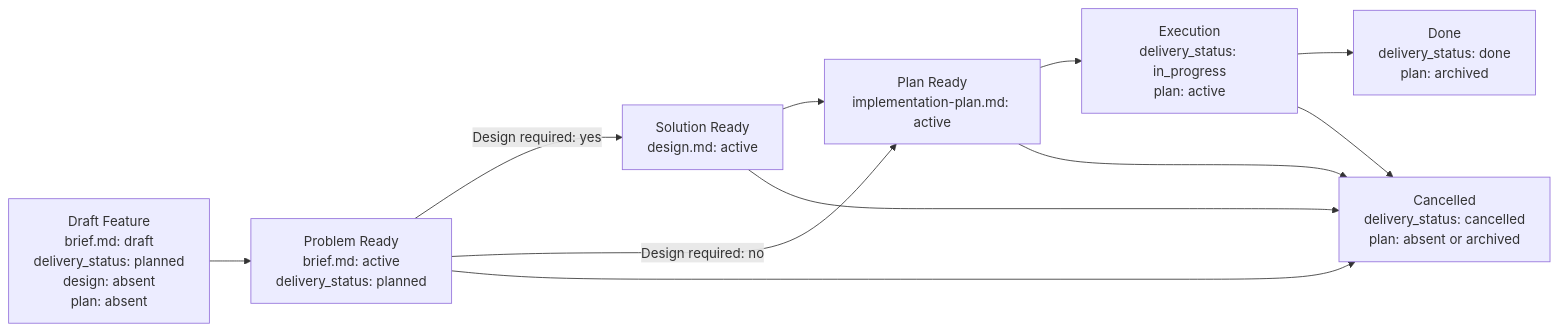
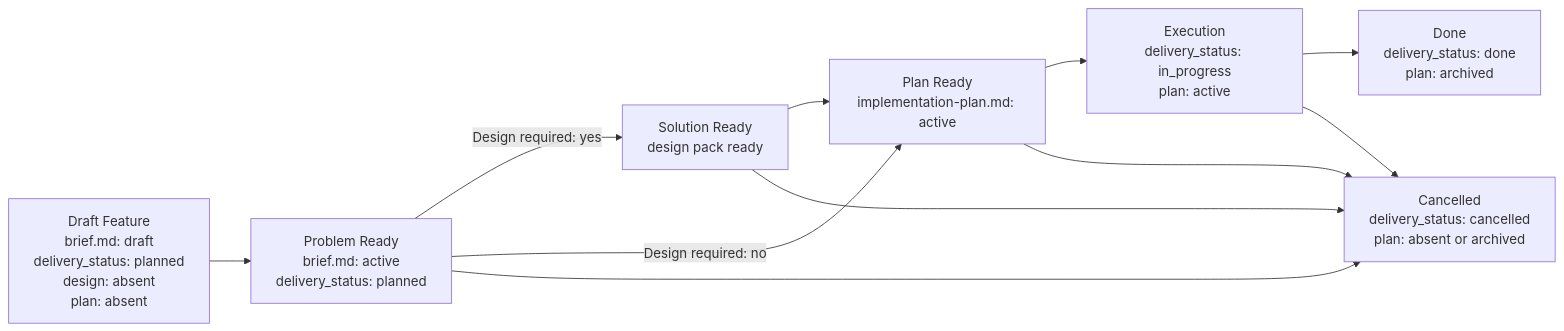
The diagram in memory-bank/flows/feature.md (dapi/memory-bank), drawn with Mermaid before and after one commit. The commit also changed other lines of this file and 21 other files, not shown here.

Commit message:
docs: implement design pack governance

````diff
--- a/memory-bank/flows/feature.md
+++ b/memory-bank/flows/feature.md
@@ -174,13 +212,13 @@
 ```mermaid
 flowchart LR
     DF["Draft Feature<br/>brief.md: draft<br/>delivery_status: planned<br/>design: absent<br/>plan: absent"] --> PR["Problem Ready<br/>brief.md: active<br/>delivery_status: planned"]
-    PR -->|"Design required: yes"| SR["Solution Ready<br/>design.md: active"]
+    PR -->|"Design required: yes"| SR["Solution Ready<br/>design pack ready"]
     PR -->|"Design required: no"| PL["Plan Ready<br/>implementation-plan.md: active"]
     SR --> PL["Plan Ready<br/>implementation-plan.md: active"]
     PL --> EX["Execution<br/>delivery_status: in_progress<br/>plan: active"]
     PR --> CL["Cancelled<br/>delivery_status: cancelled<br/>plan: absent or archived"]
     SR --> CL
     PL --> CL
     EX --> DN["Done<br/>delivery_status: done<br/>plan: archived"]
     EX --> CL
 ```
````
